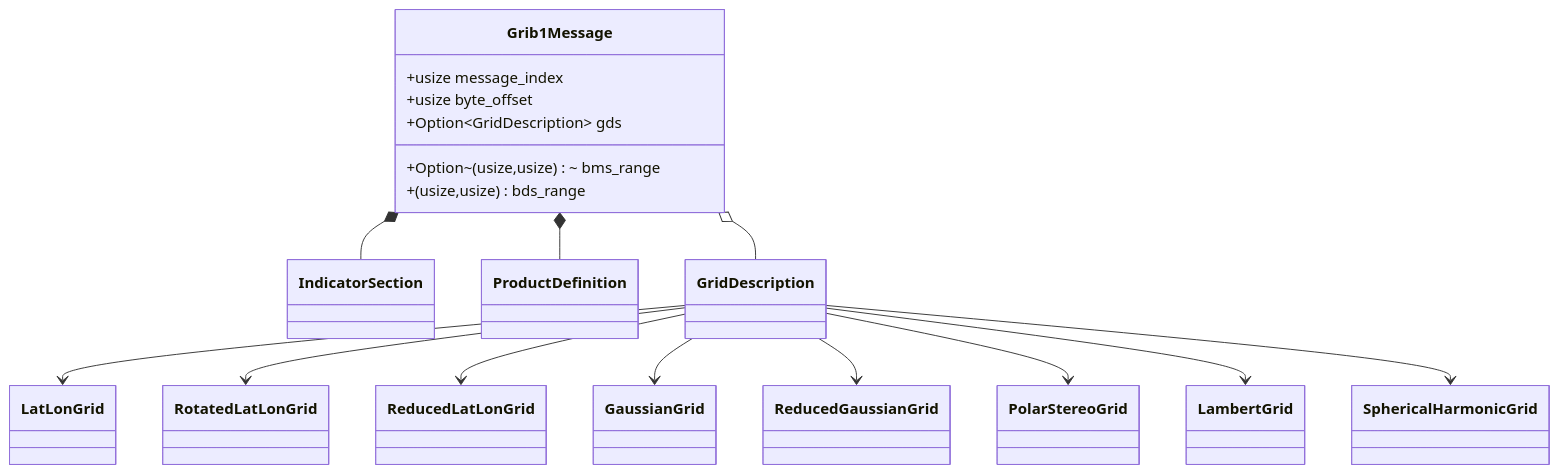
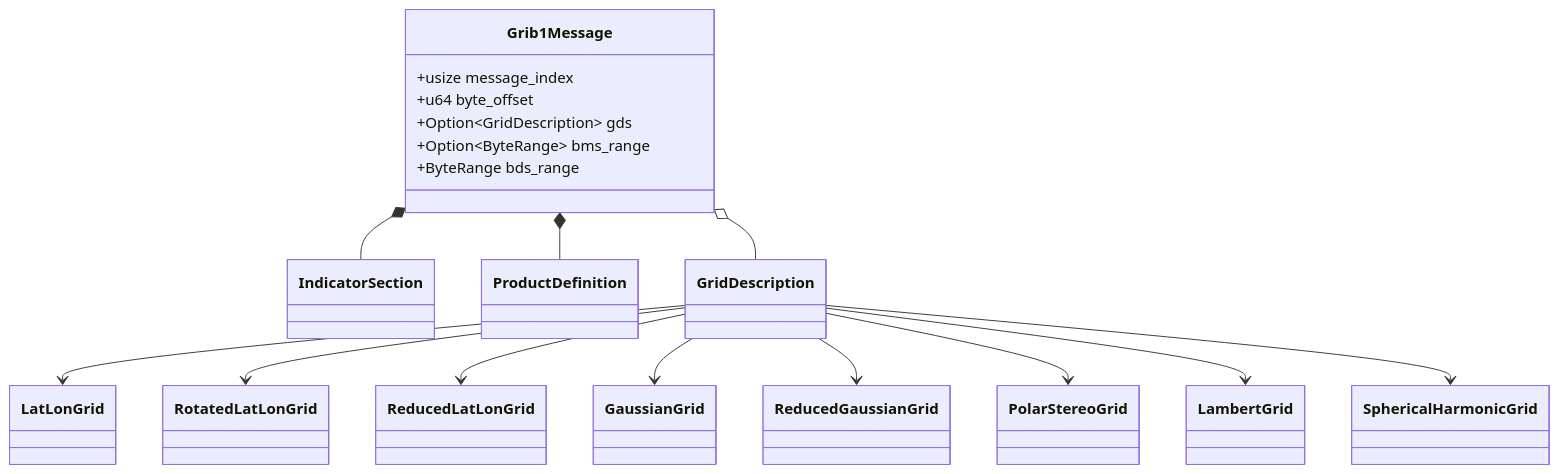
The fourth of 6 diagrams in docs/architecture/03-composition.md (D0ubleD0uble/fieldglass), drawn with Mermaid before and after one commit. The commit also changed other lines of this file and 28 other files, not shown here.

````diff
--- a/docs/architecture/03-composition.md
+++ b/docs/architecture/03-composition.md
@@ -83,22 +84,22 @@
 ```mermaid
 classDiagram
     class Grib1Message {
         +usize message_index
-        +usize byte_offset
+        +u64 byte_offset
         +Option~GridDescription~ gds
-        +Option~(usize,usize)~ bms_range
-        +(usize,usize) bds_range
+        +Option~ByteRange~ bms_range
+        +ByteRange bds_range
     }
     Grib1Message *-- IndicatorSection
     Grib1Message *-- ProductDefinition
     Grib1Message o-- GridDescription
 
     GridDescription --> LatLonGrid
     GridDescription --> RotatedLatLonGrid
     GridDescription --> ReducedLatLonGrid
     GridDescription --> GaussianGrid
     GridDescription --> ReducedGaussianGrid
     GridDescription --> PolarStereoGrid
     GridDescription --> LambertGrid
     GridDescription --> SphericalHarmonicGrid
 ```
````
